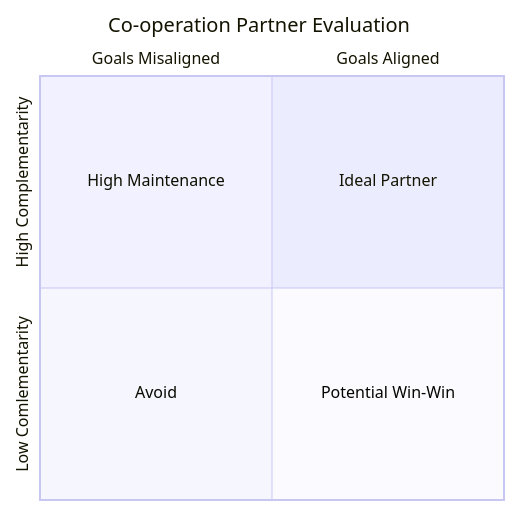
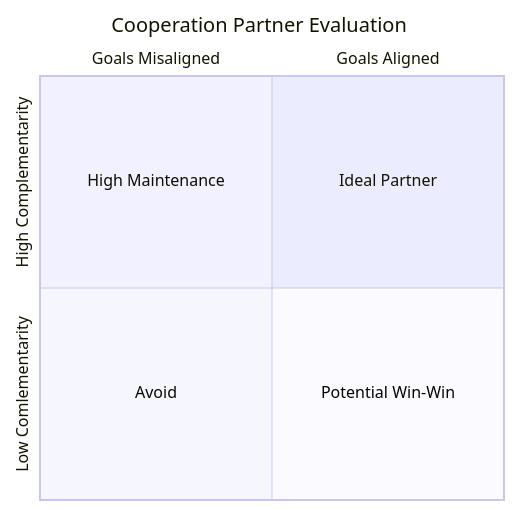
The diagram in docs/strategies/accelerators/co-operation/index.md (dave1010/wardley-leadership-strategies), drawn with Mermaid before and after one commit. The commit also changed other lines of this file and 6 other files, not shown here.

````diff
--- a/docs/strategies/accelerators/co-operation/index.md
+++ b/docs/strategies/accelerators/co-operation/index.md
@@ -107,10 +109,10 @@
 ```mermaid
 quadrantChart
-    title Co-operation Partner Evaluation
+    title Cooperation Partner Evaluation
     x-axis Goals Misaligned --> Goals Aligned
     y-axis Low Comlementarity --> High Complementarity
     quadrant-3 Avoid
     quadrant-2 High Maintenance
     quadrant-4 Potential Win-Win
     quadrant-1 Ideal Partner
 ```
````
